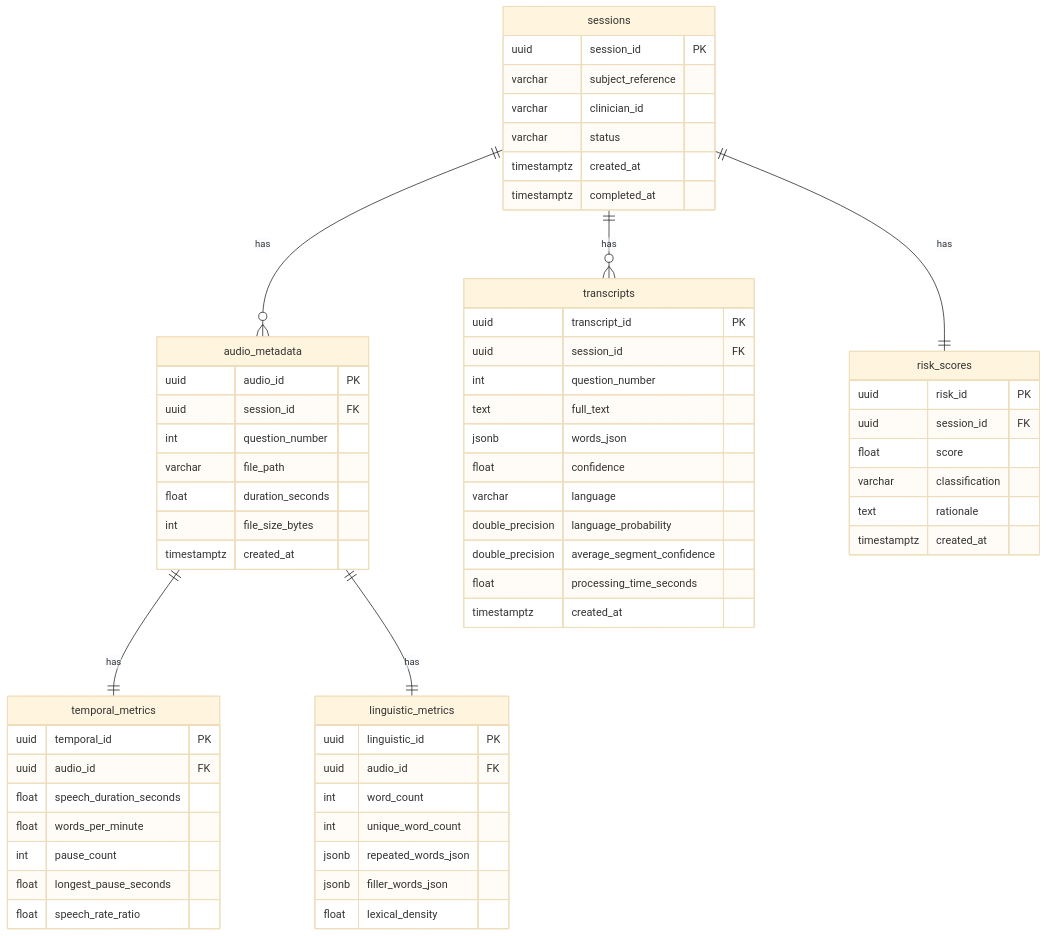
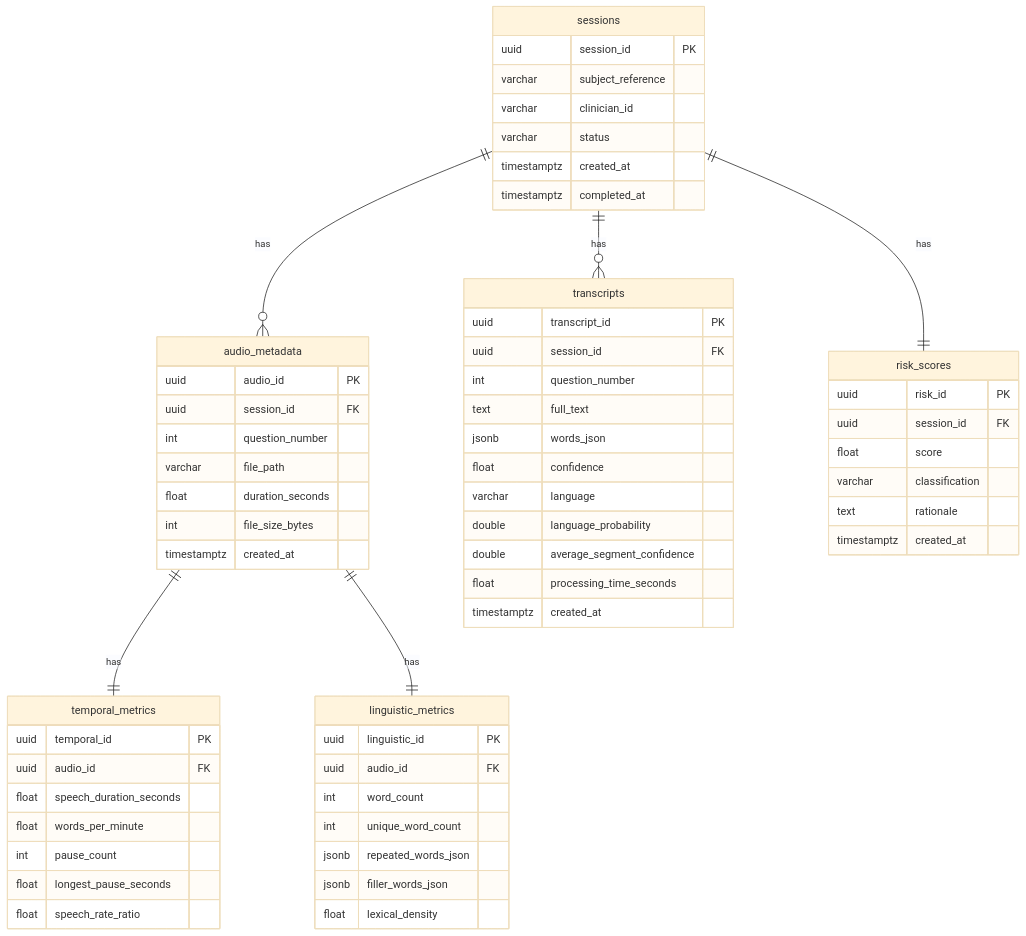
The second of 2 diagrams in README.md (pranjal9091/cognitive-voice-intelligence-platform), drawn with Mermaid (base theme) before and after one commit. The commit also changed other lines of this file and 4 other files, not shown here.

Commit message:
docs: update README with project overview, architecture refinements, and API documentation improvements

````diff
--- a/README.md
+++ b/README.md
@@ -117,70 +123,70 @@
 ```mermaid
 erDiagram
     sessions ||--o{ audio_metadata : "has"
     sessions ||--o{ transcripts : "has"
     sessions ||--|| risk_scores : "has"
     audio_metadata ||--|| temporal_metrics : "has"
     audio_metadata ||--|| linguistic_metrics : "has"
 
     sessions {
         uuid session_id PK
         varchar subject_reference
         varchar clinician_id
         varchar status
         timestamptz created_at
         timestamptz completed_at
     }
 
     audio_metadata {
         uuid audio_id PK
         uuid session_id FK
         int question_number
         varchar file_path
         float duration_seconds
         int file_size_bytes
         timestamptz created_at
     }
 
     transcripts {
         uuid transcript_id PK
         uuid session_id FK
         int question_number
         text full_text
         jsonb words_json
         float confidence
         varchar language
-        double_precision language_probability
-        double_precision average_segment_confidence
+        double language_probability
+        double average_segment_confidence
         float processing_time_seconds
         timestamptz created_at
     }
 
     temporal_metrics {
         uuid temporal_id PK
         uuid audio_id FK
         float speech_duration_seconds
         float words_per_minute
         int pause_count
         float longest_pause_seconds
         float speech_rate_ratio
     }
 
     linguistic_metrics {
         uuid linguistic_id PK
         uuid audio_id FK
         int word_count
         int unique_word_count
         jsonb repeated_words_json
         jsonb filler_words_json
         float lexical_density
     }
 
     risk_scores {
         uuid risk_id PK
         uuid session_id FK
         float score
         varchar classification
         text rationale
         timestamptz created_at
     }
 ```
````
